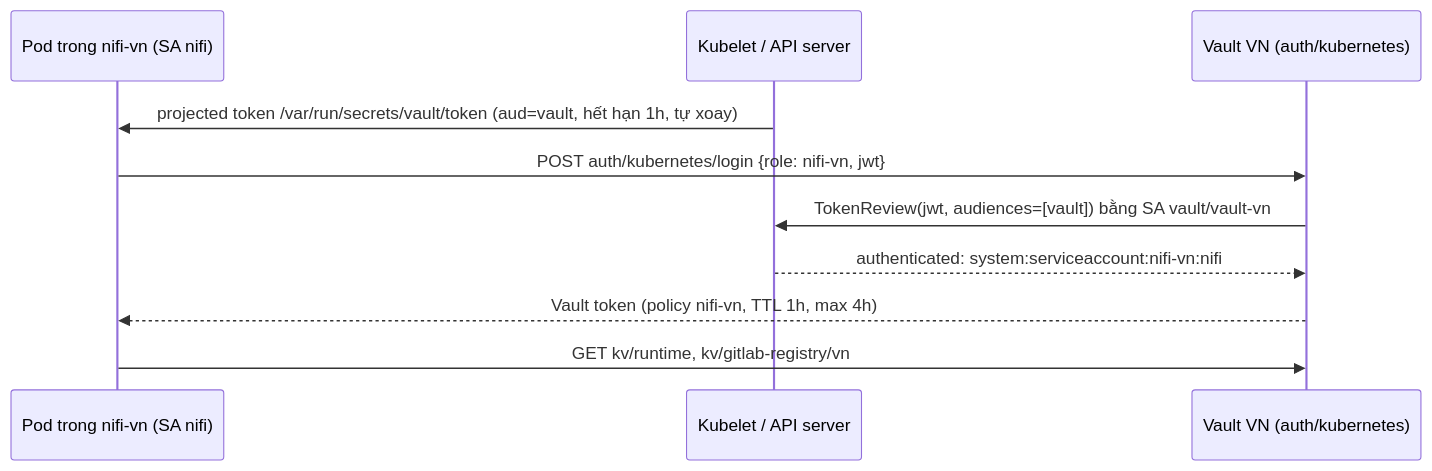
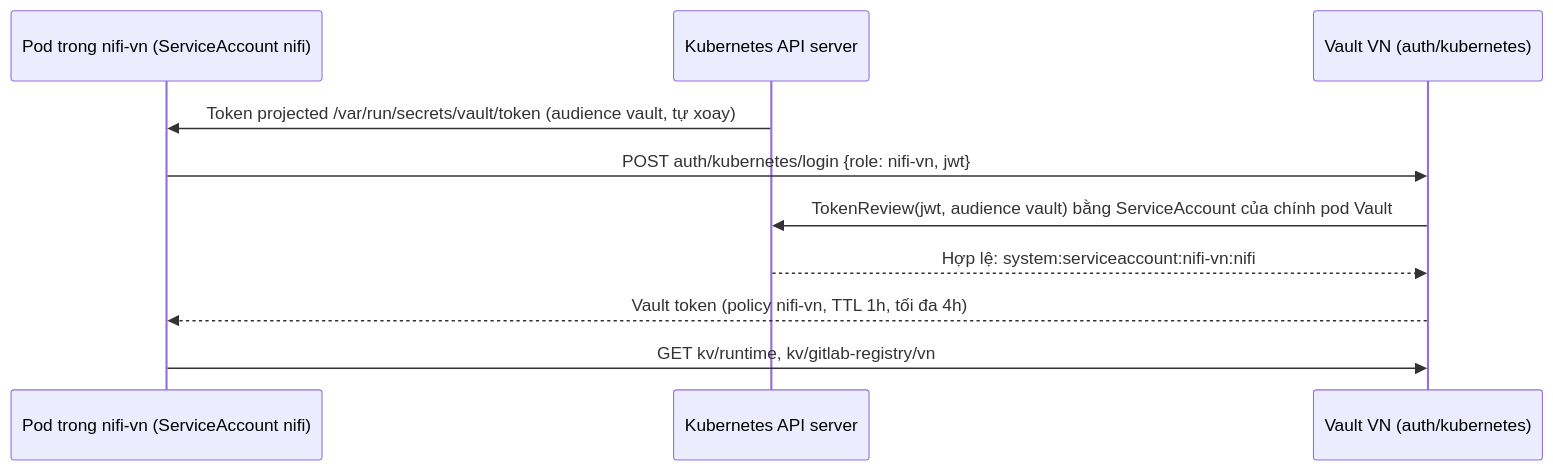
Before and after one commit to ducpham4010/nifi-multi-market-lab: the third of 4 diagrams in docs/GUIDE_K8S_VI.md, drawn with Mermaid. The commit also changed other lines of this file and 2 other files, not shown here.

````diff
--- a/docs/GUIDE_K8S_VI.md
+++ b/docs/GUIDE_K8S_VI.md
@@ -265,12 +563,12 @@
 ```mermaid
 sequenceDiagram
-  participant P as Pod trong nifi-vn (SA nifi)
-  participant K as Kubelet / API server
+  participant P as Pod trong nifi-vn (ServiceAccount nifi)
+  participant K as Kubernetes API server
   participant V as Vault VN (auth/kubernetes)
-  K->>P: projected token /var/run/secrets/vault/token (aud=vault, hết hạn 1h, tự xoay)
+  K->>P: Token projected /var/run/secrets/vault/token (audience vault, tự xoay)
   P->>V: POST auth/kubernetes/login {role: nifi-vn, jwt}
-  V->>K: TokenReview(jwt, audiences=[vault]) bằng SA vault/vault-vn
-  K-->>V: authenticated: system:serviceaccount:nifi-vn:nifi
-  V-->>P: Vault token (policy nifi-vn, TTL 1h, max 4h)
+  V->>K: TokenReview(jwt, audience vault) bằng ServiceAccount của chính pod Vault
+  K-->>V: Hợp lệ: system:serviceaccount:nifi-vn:nifi
+  V-->>P: Vault token (policy nifi-vn, TTL 1h, tối đa 4h)
   P->>V: GET kv/runtime, kv/gitlab-registry/vn
 ```
````
